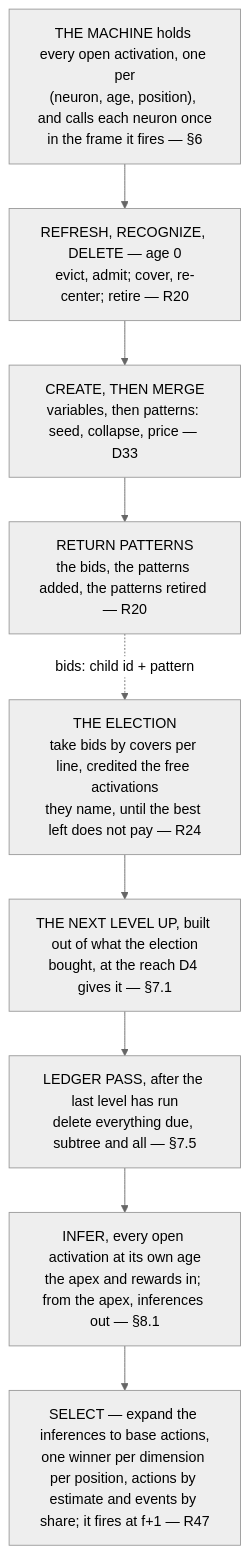
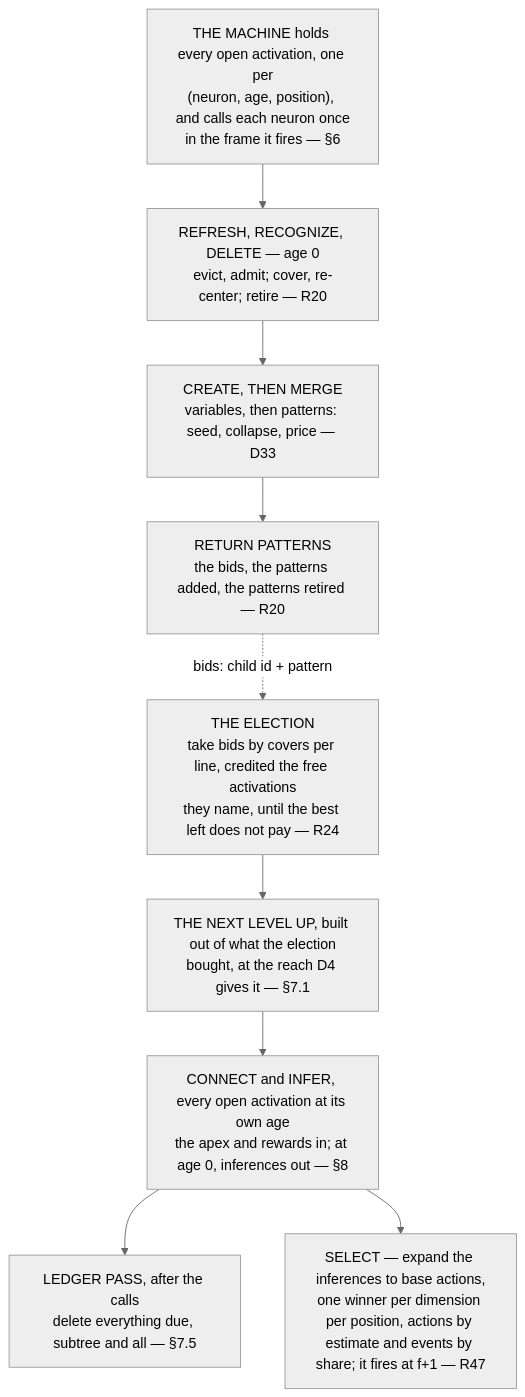
One commit to cucar/robot_brain changed the diagram in docs/algorithm-remarks.md. Above: the diagram before and after it, drawn with Mermaid (neutral theme). The commit also changed 2 other files, not shown here.

Commit message:
the last of the sentence-level items: §1.2 holds one number per connection, a neuron, an offset and the neuron that stood on the apex there after it, action, event or pattern alike, and an event dimension reads no estimate (D25, R47); execution activates what it expands where it won, a pattern firing weakly at its completion only while its standing inference stands and what it placed there was selected (R30); a child's subtree is every pattern in its table and every child of those with no parent outside it, and the child dies when the last window over it or its subtree closes (R38); deletion runs after the frame's connect and infer calls, so an activation's last exposure at age reach_t is taken before its neuron goes (§2, §7, R16, R38, and the remarks' frame diagram); the loop case quotes R48 as it reads

````diff
--- a/docs/algorithm-remarks.md
+++ b/docs/algorithm-remarks.md
@@ -1307,12 +1307,12 @@
 ```mermaid
 flowchart TD
     A["THE MACHINE holds every open activation, one per<br/>(neuron, age, position), and calls each neuron once<br/>in the frame it fires — §6"]
     A --> B["REFRESH, RECOGNIZE, DELETE — age 0<br/>evict, admit; cover, re-center; retire — R20"]
     B --> M["CREATE, THEN MERGE<br/>variables, then patterns: seed, collapse, price — D33"]
     M --> P["RETURN PATTERNS<br/>the bids, the patterns added, the patterns retired — R20"]
     P -.->|"bids: child id + pattern"| X["THE ELECTION<br/>take bids by covers per line, credited the free activations<br/>they name, until the best left does not pay — R24"]
     X --> O["THE NEXT LEVEL UP, built out of what the election<br/>bought, at the reach D4 gives it — §7.1"]
-    O --> Z["LEDGER PASS, after the last level has run<br/>delete everything due, subtree and all — §7.5"]
-    Z --> W["INFER, every open activation at its own age<br/>the apex and rewards in; from the apex, inferences out — §8.1"]
+    O --> W["CONNECT and INFER, every open activation at its own age<br/>the apex and rewards in; at age 0, inferences out — §8"]
+    W --> Z["LEDGER PASS, after the calls<br/>delete everything due, subtree and all — §7.5"]
     W --> S["SELECT — expand the inferences to base actions,<br/>one winner per dimension per position, actions by estimate and events by share; it fires at f+1 — R47"]
 ```
````
